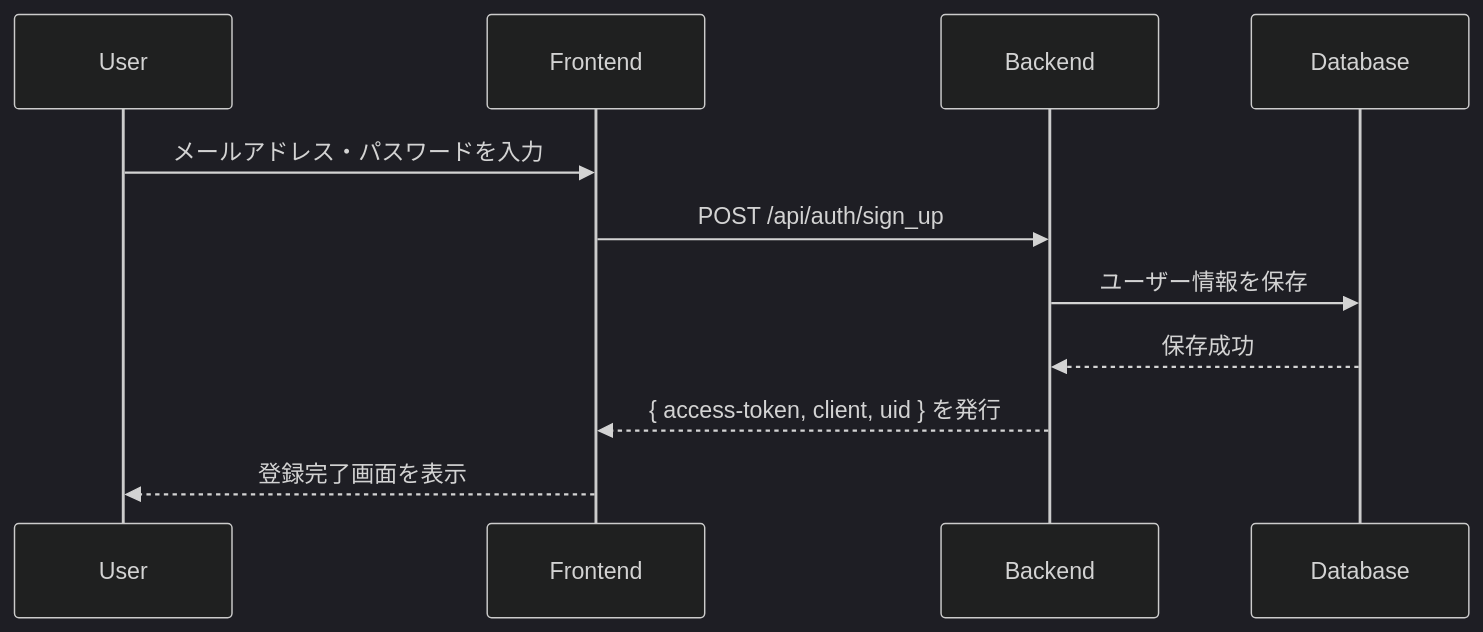
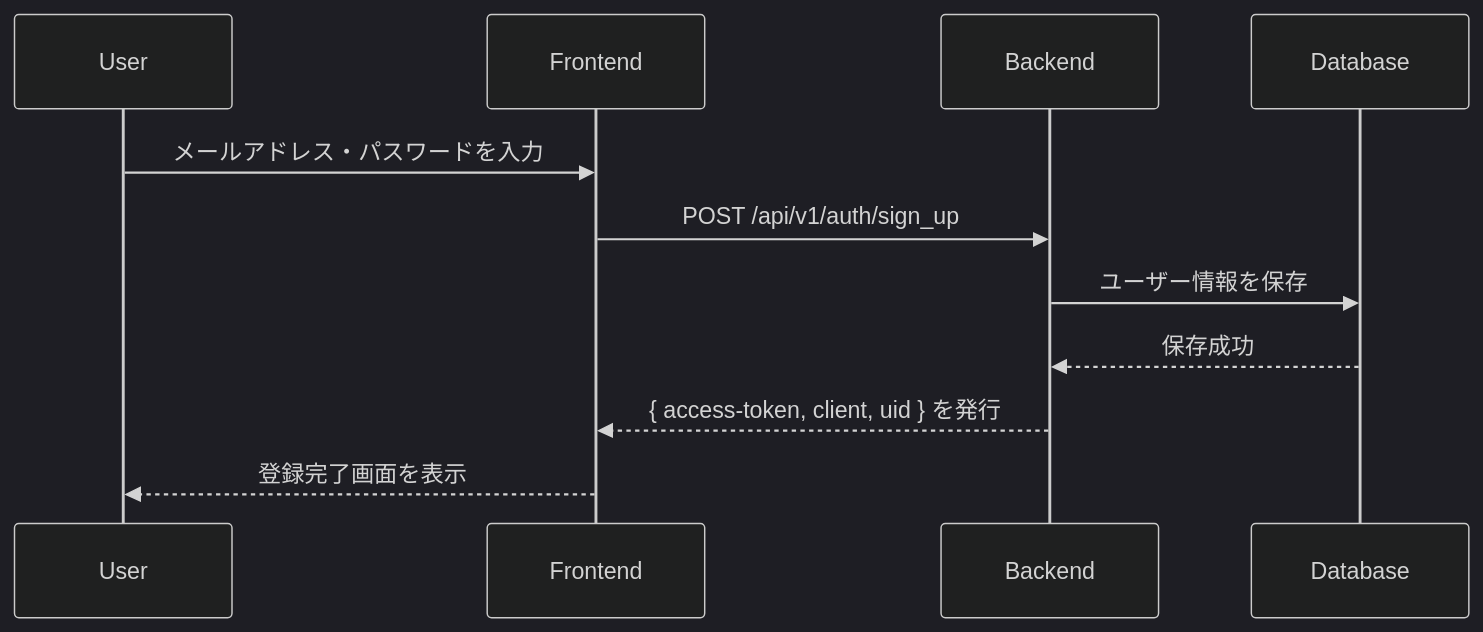
Before and after one commit to muranakaaa/secoma-record: the first of 8 diagrams in README.md, drawn with Mermaid (dark theme). The commit also changed other lines of this file, not shown here.

````diff
--- a/README.md
+++ b/README.md
@@ -120,14 +120,14 @@
 ```mermaid
 sequenceDiagram
     participant User
     participant Frontend
     participant Backend
     participant Database
 
     User->>Frontend: メールアドレス・パスワードを入力
-    Frontend->>Backend: POST /api/auth/sign_up
+    Frontend->>Backend: POST /api/v1/auth/sign_up
     Backend->>Database: ユーザー情報を保存
     Database-->>Backend: 保存成功
     Backend-->>Frontend: { access-token, client, uid } を発行
     Frontend-->>User: 登録完了画面を表示
 ```
````
